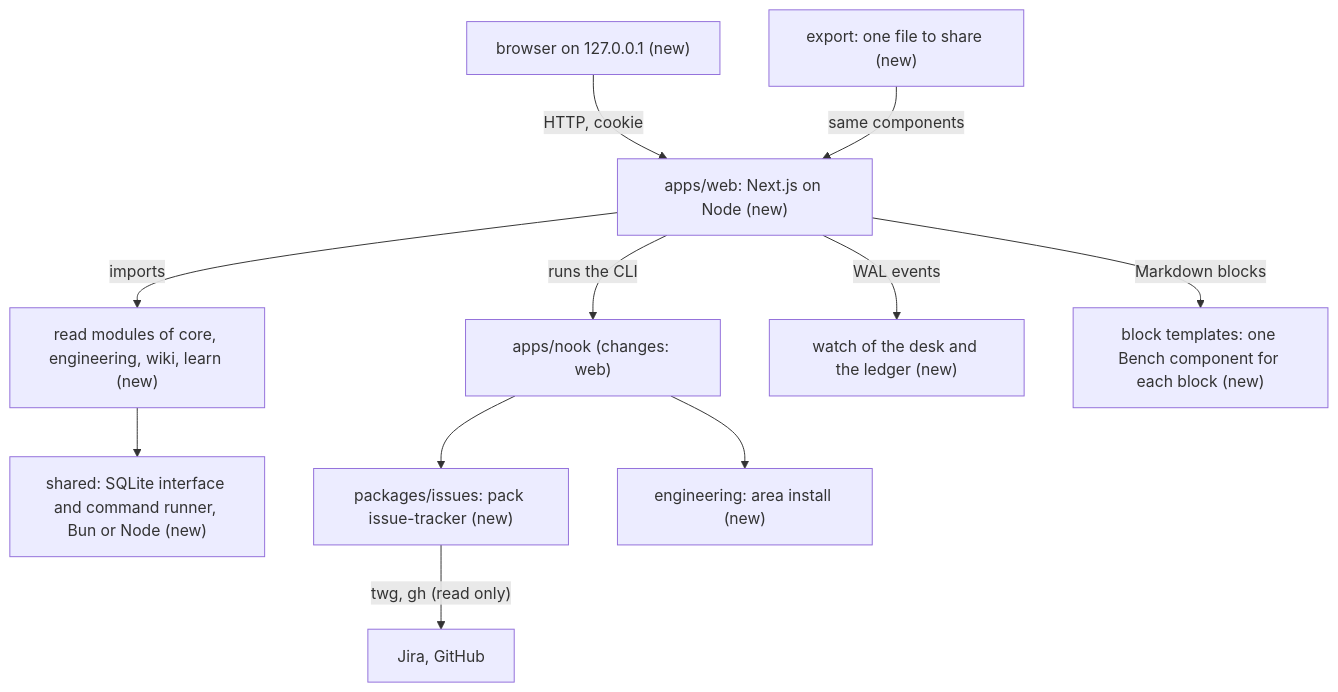
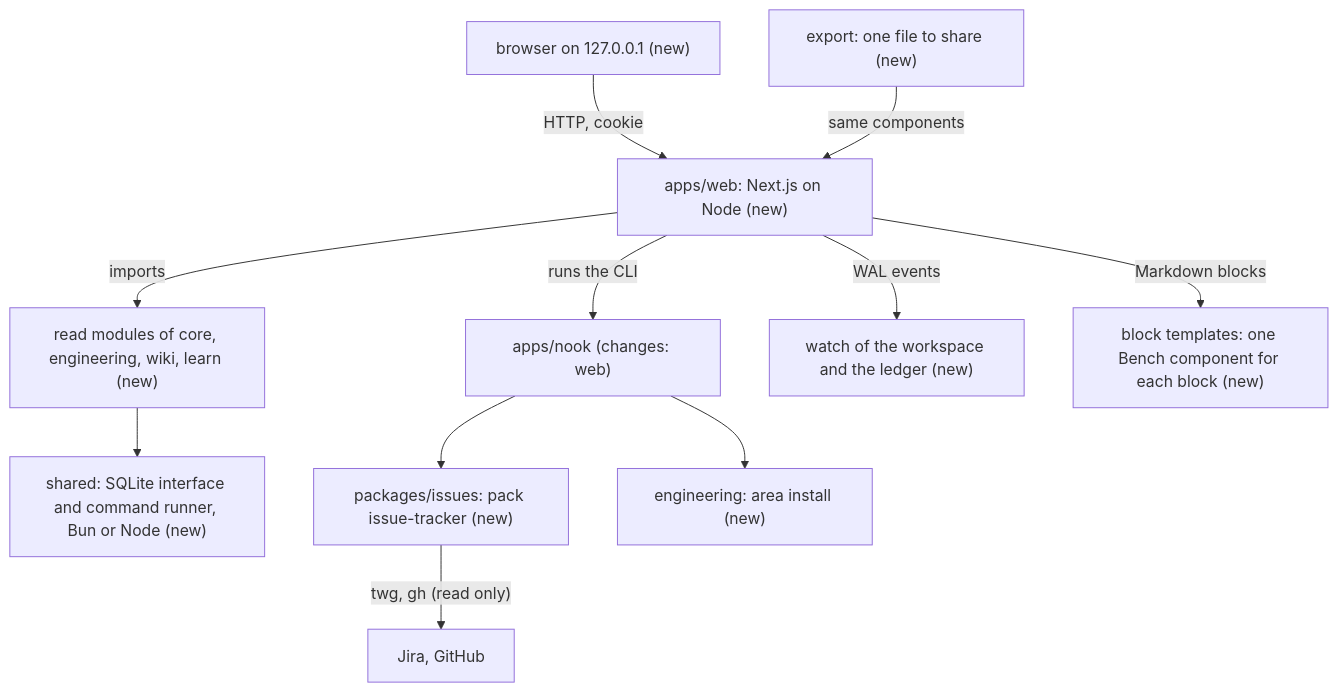
The second of 3 diagrams in docs/plan/v0.3.md (lamtran8401/nook), drawn with Mermaid before and after one commit. The commit also changed other lines of this file and 259 other files, not shown here.

First line of the commit message:
R3: a desk is a workspace

````diff
--- a/docs/plan/v0.3.md
+++ b/docs/plan/v0.3.md
@@ -25,13 +25,13 @@
 ```mermaid
 flowchart TB
   browser["browser on 127.0.0.1 (new)"] -->|"HTTP, cookie"| web["apps/web: Next.js on Node (new)"]
   web -->|"imports"| read["read modules of core, engineering, wiki, learn (new)"]
   web -->|"runs the CLI"| app["apps/nook (changes: web)"]
-  web -->|"WAL events"| watch["watch of the desk and the ledger (new)"]
+  web -->|"WAL events"| watch["watch of the workspace and the ledger (new)"]
   read --> shared["shared: SQLite interface and command runner, Bun or Node (new)"]
   app --> issues["packages/issues: pack issue-tracker (new)"]
   issues -->|"twg, gh (read only)"| trackers["Jira, GitHub"]
   app --> install["engineering: area install (new)"]
   web -->|"Markdown blocks"| blocks["block templates: one Bench component for each block (new)"]
   export["export: one file to share (new)"] -->|"same components"| web
 ```
````
